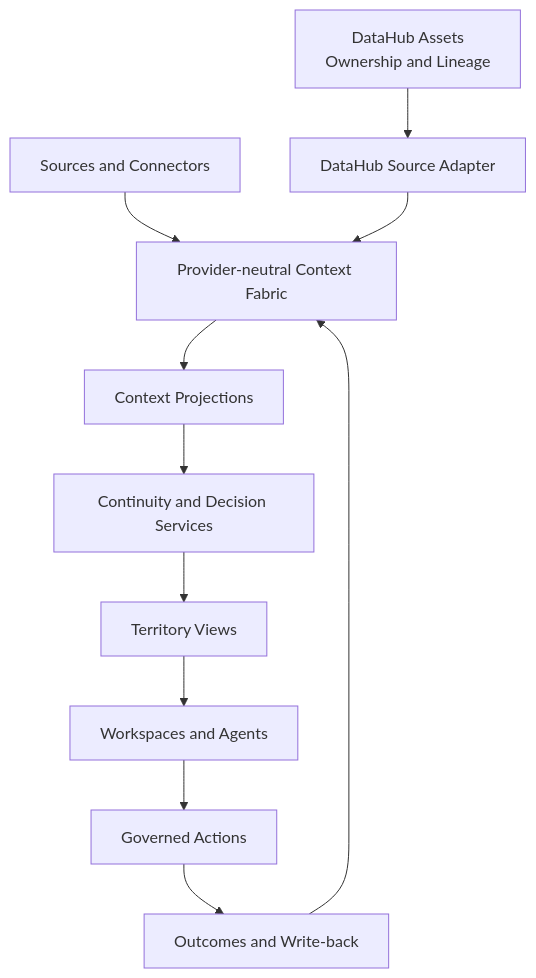
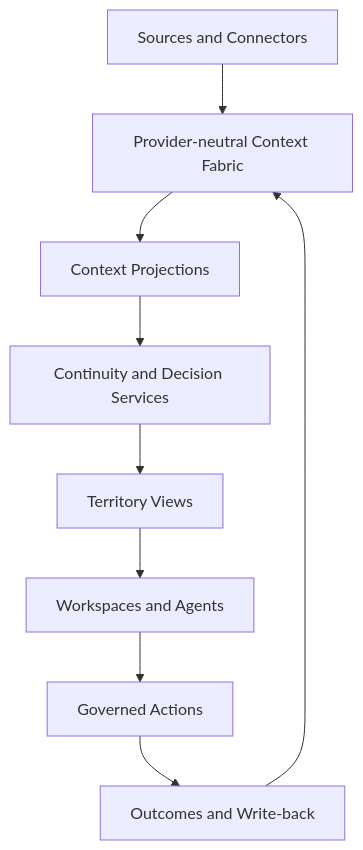
Before and after one commit to cyrilla-mist/nexus-ai: the diagram in README.md, drawn with Mermaid. The commit also changed other lines of this file, not shown here.

````diff
--- a/README.md
+++ b/README.md
@@ -262,25 +142,20 @@
 ```mermaid
 flowchart TD
   Sources[Sources and Connectors]
   Fabric[Provider-neutral Context Fabric]
   Projections[Context Projections]
   Continuity[Continuity and Decision Services]
   Territories[Territory Views]
   Workspaces[Workspaces and Agents]
   Actions[Governed Actions]
   Outcomes[Outcomes and Write-back]
 
-  DataHub[DataHub Assets\nOwnership and Lineage]
-  Adapter[DataHub Source Adapter]
-
   Sources --> Fabric
-  DataHub --> Adapter
-  Adapter --> Fabric
   Fabric --> Projections
   Projections --> Continuity
   Continuity --> Territories
   Territories --> Workspaces
   Workspaces --> Actions
   Actions --> Outcomes
   Outcomes --> Fabric
 ```
````
